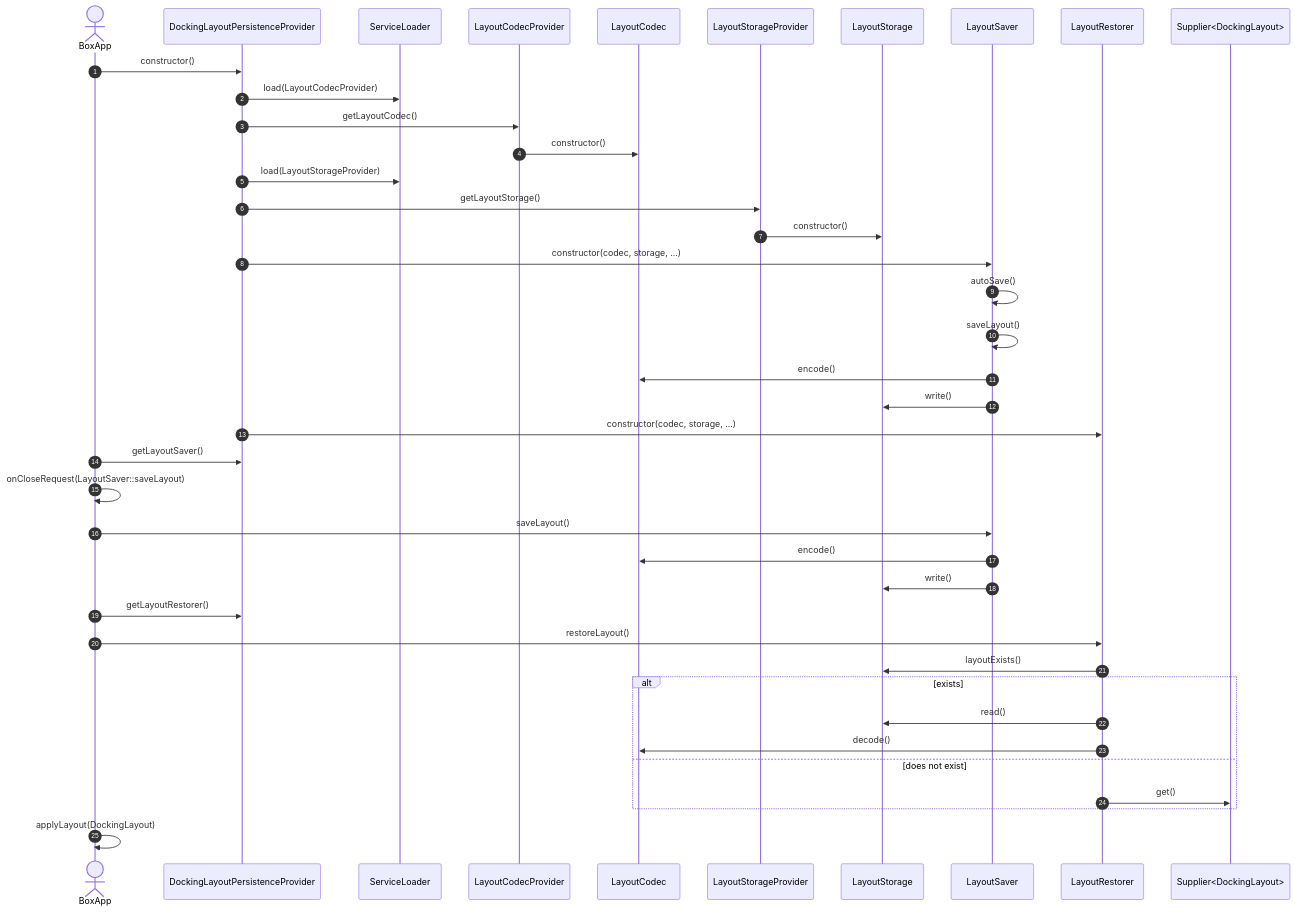
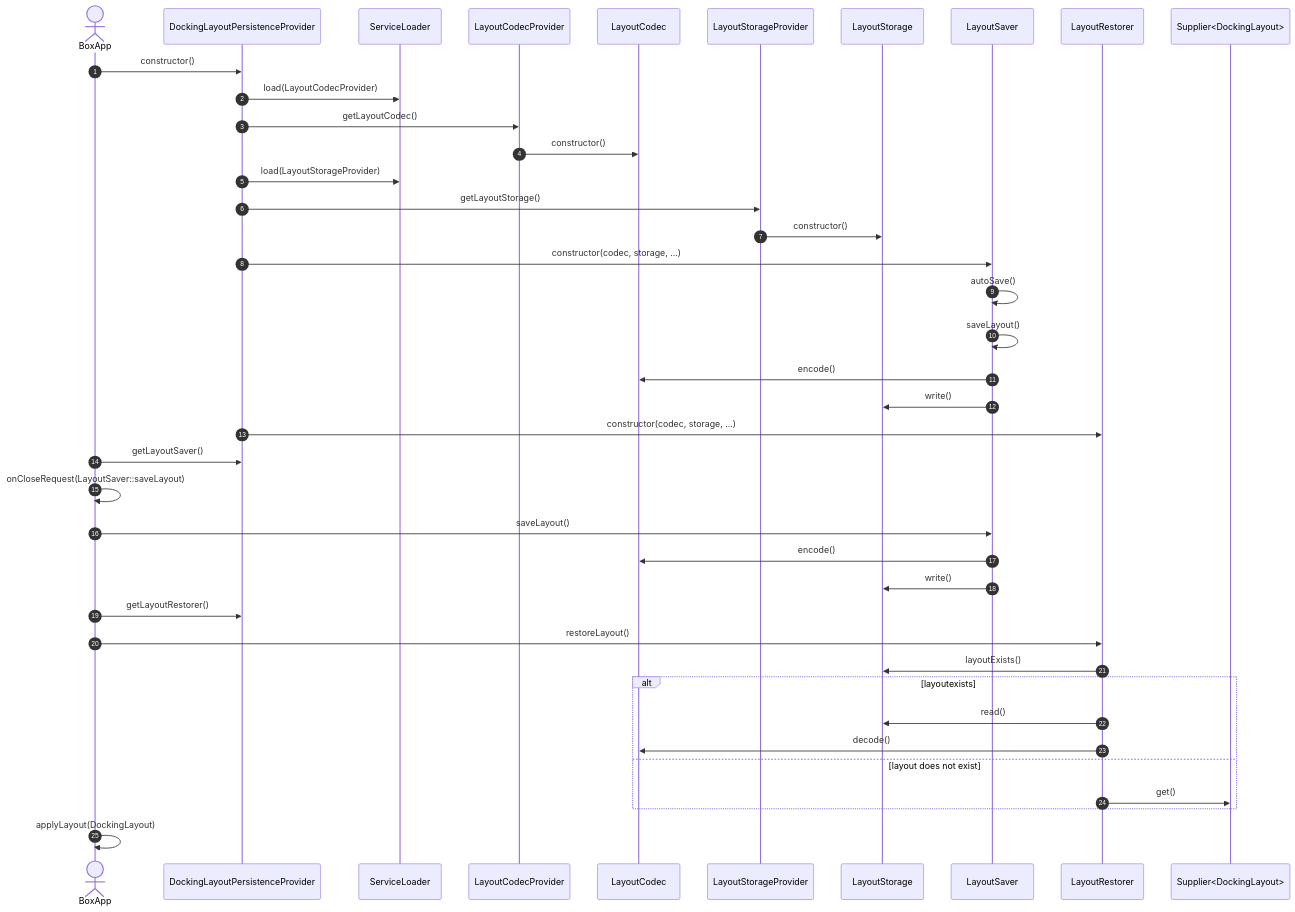
The first of 2 diagrams in assets/docking-layout-persistence-diagrams.md (philliplbryant/BentoFX), drawn with Mermaid before and after one commit.

Commit message:
BENTO-13: * Update design docs to indicate auto saving and restoring default layout.

````diff
--- a/assets/docking-layout-persistence-diagrams.md
+++ b/assets/docking-layout-persistence-diagrams.md
@@ -5,46 +5,46 @@
 ```mermaid
 sequenceDiagram
     autonumber
     actor BoxApp
     participant persistenceProvider as DockingLayoutPersistenceProvider
     participant serviceLoader as ServiceLoader
     participant codecProvider as LayoutCodecProvider
     participant codec as LayoutCodec
     participant storageProvider as LayoutStorageProvider
     participant storage as LayoutStorage
     participant layoutSaver as LayoutSaver
     participant layoutRestorer as LayoutRestorer
     participant supplier as Supplier<DockingLayout>
 
     BoxApp->>persistenceProvider: constructor()
     persistenceProvider->>serviceLoader: load(LayoutCodecProvider)
     persistenceProvider->>codecProvider: getLayoutCodec()
     codecProvider->>codec:constructor()
     persistenceProvider->>serviceLoader: load(LayoutStorageProvider)
     persistenceProvider->>storageProvider: getLayoutStorage()
     storageProvider->>storage:constructor()
     persistenceProvider->>layoutSaver:constructor(codec, storage, ...)
     layoutSaver->>layoutSaver:autoSave()
     layoutSaver->>layoutSaver:saveLayout()
     layoutSaver->>codec:encode()
     layoutSaver->>storage:write()
     persistenceProvider->>layoutRestorer:constructor(codec, storage, ...)
 
     BoxApp->>persistenceProvider:getLayoutSaver()
     BoxApp->>BoxApp:onCloseRequest(LayoutSaver::saveLayout)
     BoxApp->>layoutSaver:saveLayout()
     layoutSaver->>codec:encode()
     layoutSaver->>storage:write()
     
     BoxApp->>persistenceProvider:getLayoutRestorer()
     BoxApp->>layoutRestorer:restoreLayout()
     layoutRestorer->>storage:layoutExists()
-        alt exists
+        alt layoutexists
             layoutRestorer->>storage:read()
             layoutRestorer->>codec:decode()
-        else does not exist
+        else layout does not exist
             layoutRestorer->>supplier:get()
         end
     BoxApp->>BoxApp:applyLayout(DockingLayout)
     
 ```
````
